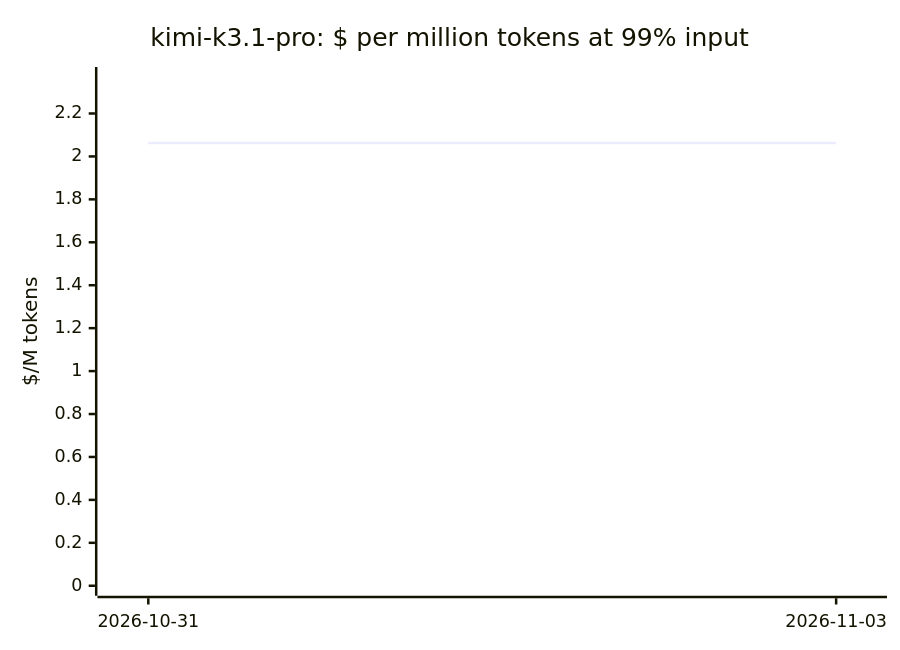
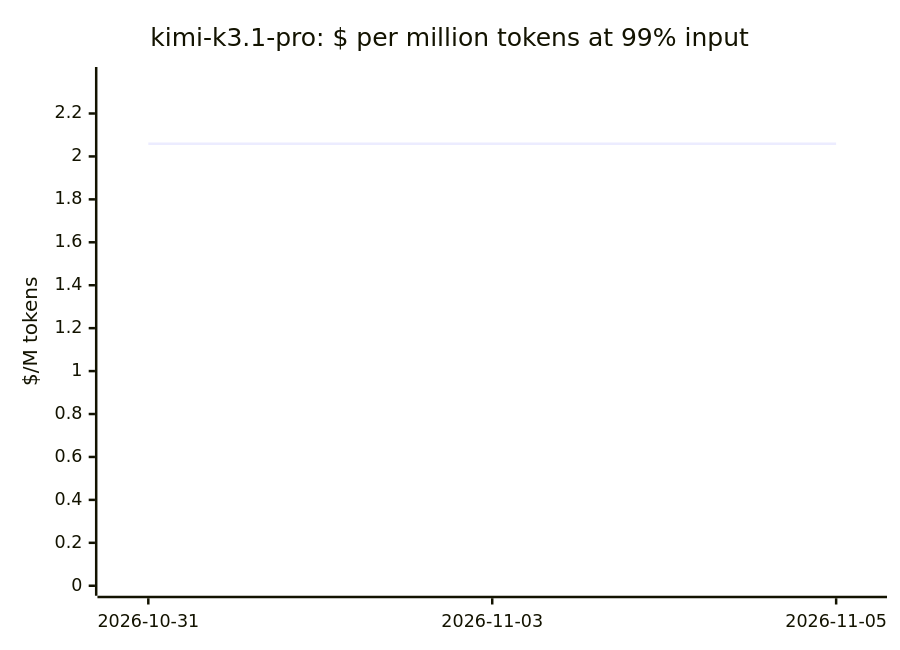
One commit to cklukas/OMEGA_TRANSFORM changed diagram 11 of 20 in docs/openrouter-models.md. Above: the diagram before and after it, drawn with Mermaid. The commit also changed other lines of this file and 291 other files, not shown here.

````diff
--- a/docs/openrouter-models.md
+++ b/docs/openrouter-models.md
@@ -230,7 +233,7 @@
 ```mermaid
 xychart-beta
     title "kimi-k3.1-pro: $ per million tokens at 99% input"
-    x-axis ["2026-10-31", "2026-11-03"]
+    x-axis ["2026-10-31", "2026-11-03", "2026-11-05"]
     y-axis "$/M tokens" 0 --> 2.37
-    line [2.062, 2.062]
+    line [2.059, 2.059, 2.059]
 ```
````
